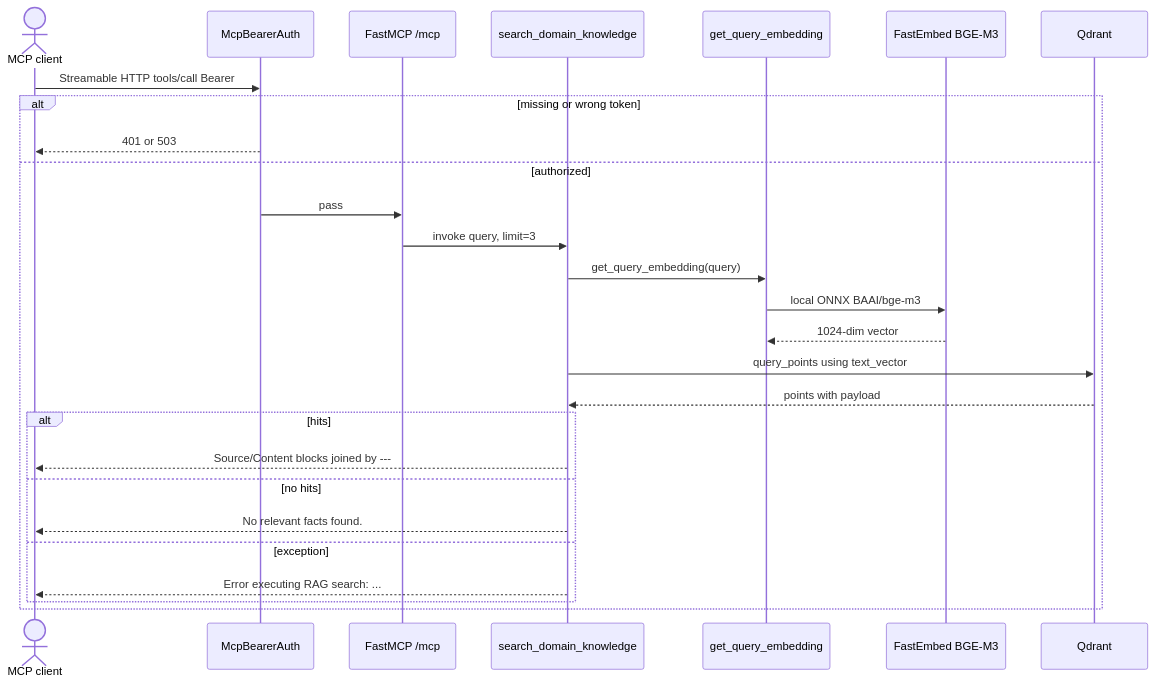
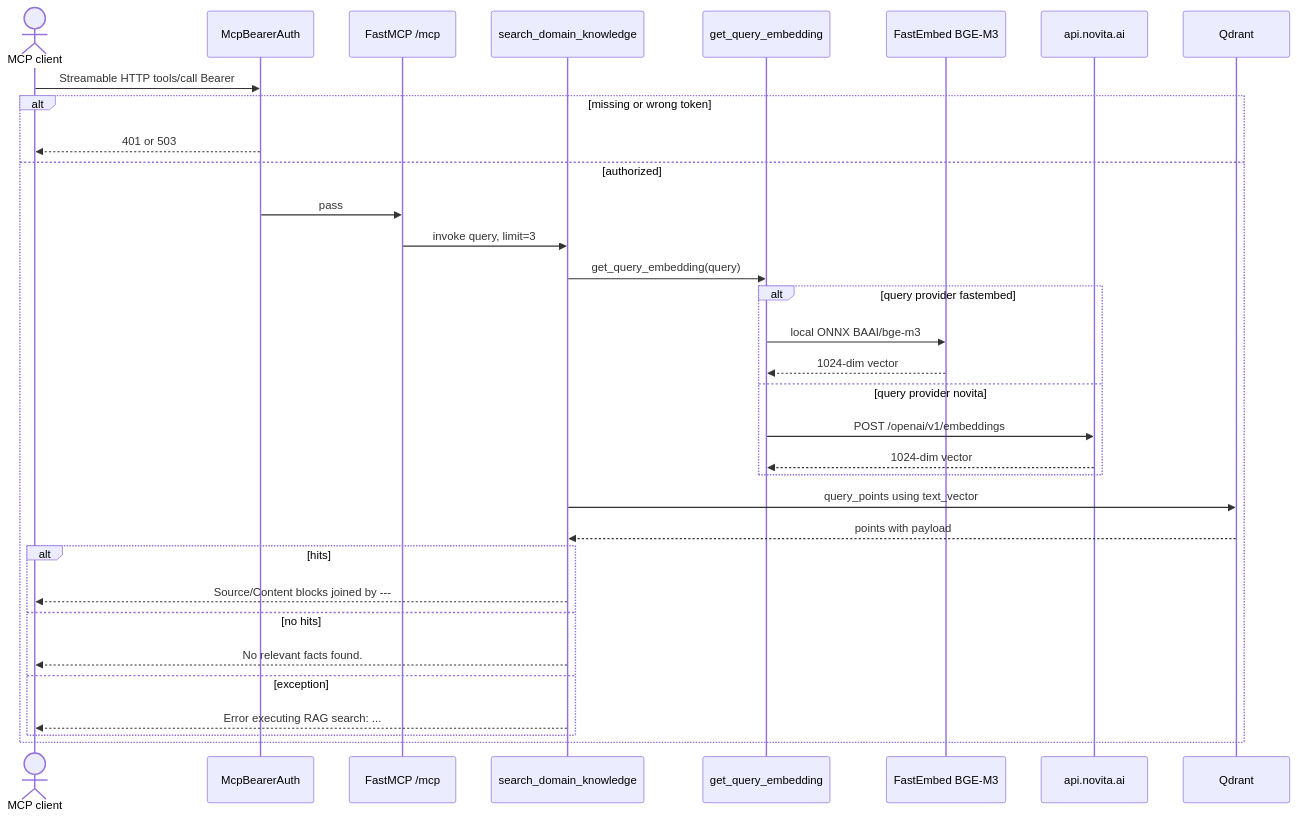
The fifth of 5 diagrams in docs/ARCHITECTURE.md (mkrejp/fastmcp-rag-timer), drawn with Mermaid before and after one commit. The commit also changed other lines of this file and 5 other files, not shown here.

First line of the commit message:
docs: align architecture and connectivity with reader/ingester split

````diff
--- a/docs/ARCHITECTURE.md
+++ b/docs/ARCHITECTURE.md
@@ -460,30 +515,36 @@
 ```mermaid
 sequenceDiagram
   actor Agent as MCP client
   participant Auth as McpBearerAuth
   participant MCP as FastMCP /mcp
   participant Tool as search_domain_knowledge
   participant Embed as get_query_embedding
   participant FE as FastEmbed BGE-M3
+  participant Novita as api.novita.ai
   participant Qdrant
 
   Agent->>Auth: Streamable HTTP tools/call Bearer
   alt missing or wrong token
     Auth-->>Agent: 401 or 503
   else authorized
     Auth->>MCP: pass
     MCP->>Tool: invoke query, limit=3
     Tool->>Embed: get_query_embedding(query)
-    Embed->>FE: local ONNX BAAI/bge-m3
-    FE-->>Embed: 1024-dim vector
+    alt query provider fastembed
+      Embed->>FE: local ONNX BAAI/bge-m3
+      FE-->>Embed: 1024-dim vector
+    else query provider novita
+      Embed->>Novita: POST /openai/v1/embeddings
+      Novita-->>Embed: 1024-dim vector
+    end
     Tool->>Qdrant: query_points using text_vector
     Qdrant-->>Tool: points with payload
     alt hits
       Tool-->>Agent: Source/Content blocks joined by ---
     else no hits
       Tool-->>Agent: No relevant facts found.
     else exception
       Tool-->>Agent: Error executing RAG search: ...
     end
   end
 ```
````
